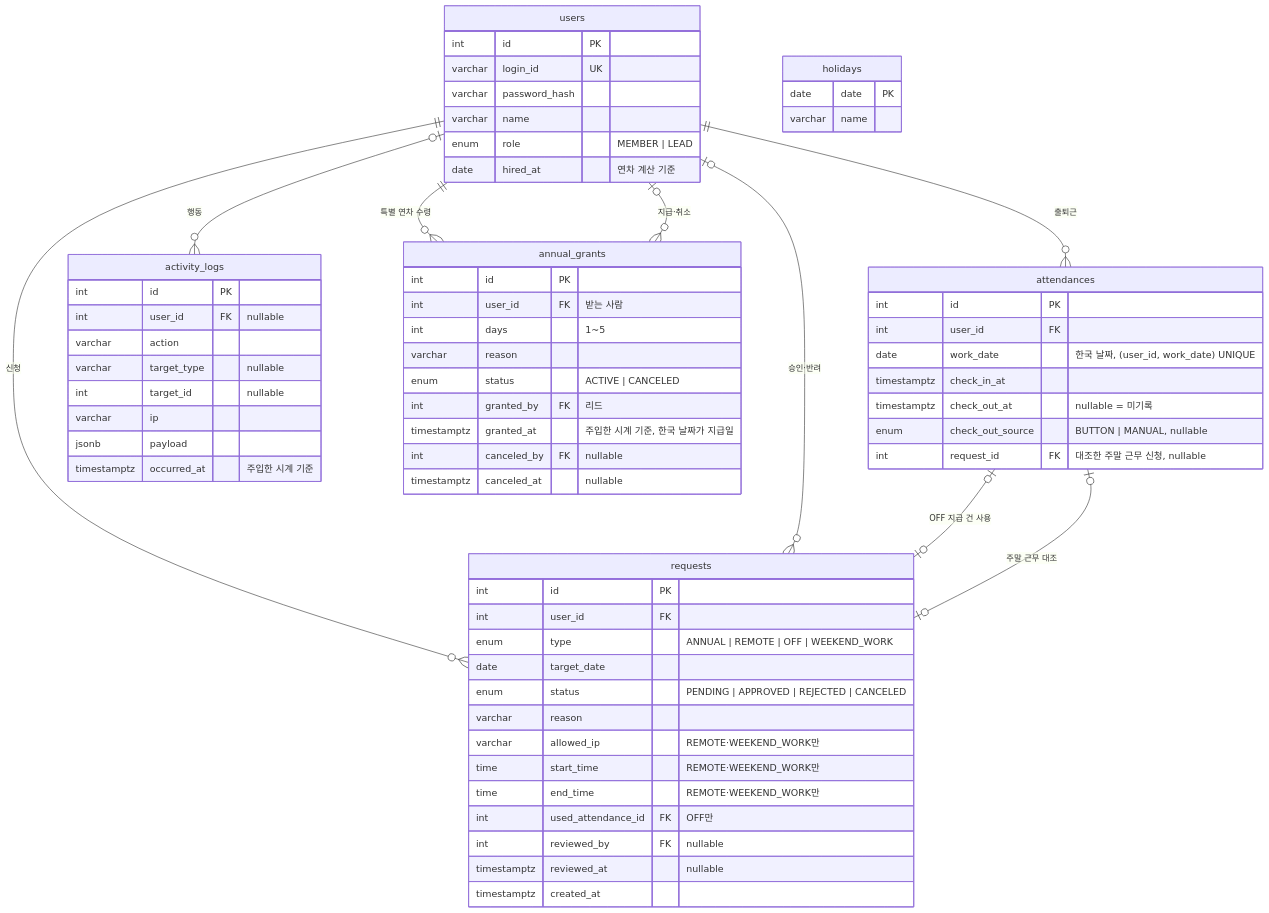
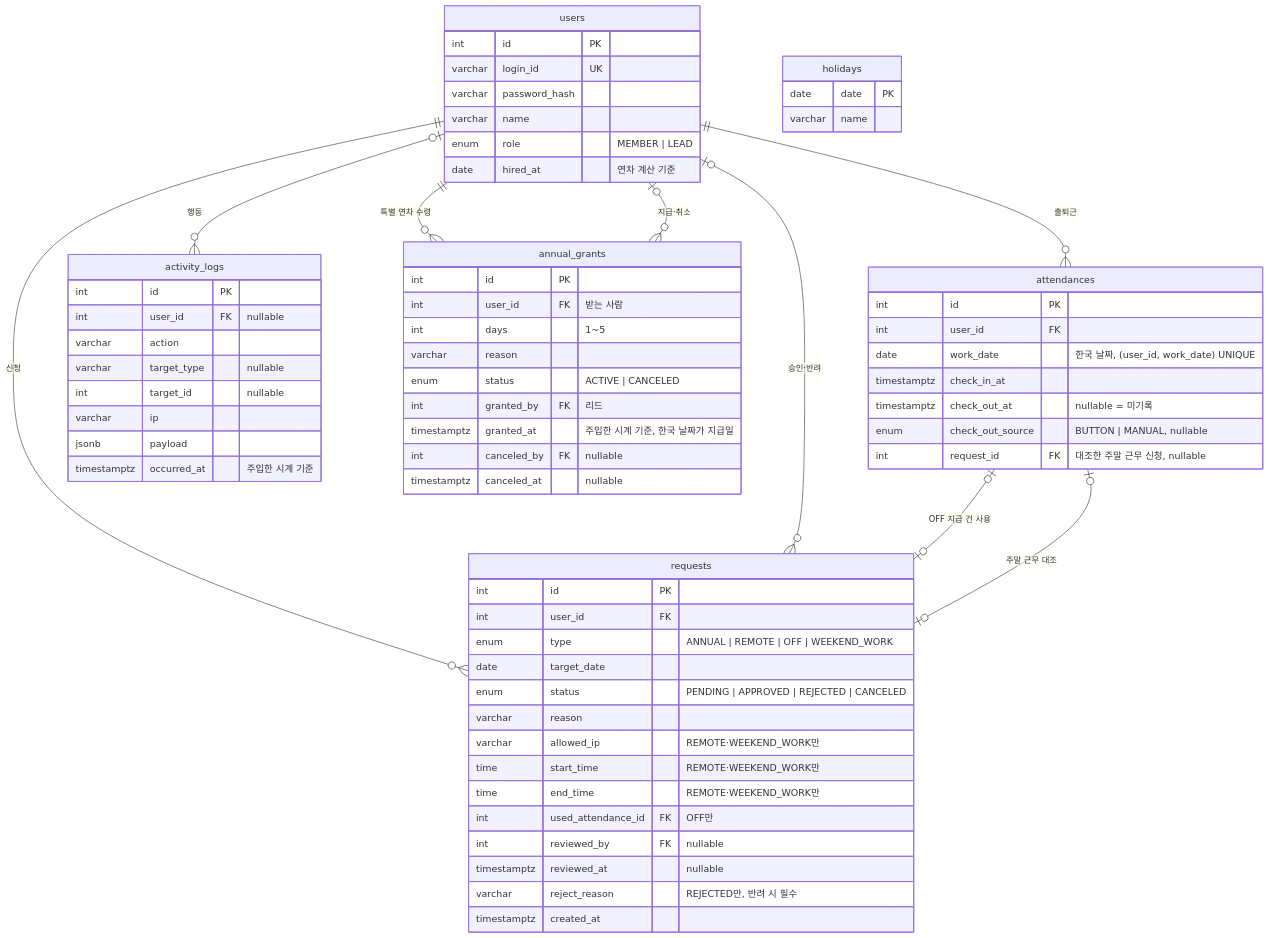
The diagram in docs/DESIGN.md (YunTaeKyun93/hiconsy-attendance), drawn with Mermaid before and after one commit. The commit also changed other lines of this file and 23 other files, not shown here.

````diff
--- a/docs/DESIGN.md
+++ b/docs/DESIGN.md
@@ -24,74 +24,75 @@
 ```mermaid
 erDiagram
     users ||--o{ attendances : "출퇴근"
     users ||--o{ requests : "신청"
     users |o--o{ requests : "승인·반려"
     users |o--o{ activity_logs : "행동"
     users ||--o{ annual_grants : "특별 연차 수령"
     users |o--o{ annual_grants : "지급·취소"
     requests |o--o| attendances : "주말 근무 대조"
     attendances |o--o| requests : "OFF 지급 건 사용"
 
     users {
         int id PK
         varchar login_id UK
         varchar password_hash
         varchar name
         enum role "MEMBER | LEAD"
         date hired_at "연차 계산 기준"
     }
 
     attendances {
         int id PK
         int user_id FK
         date work_date "한국 날짜, (user_id, work_date) UNIQUE"
         timestamptz check_in_at
         timestamptz check_out_at "nullable = 미기록"
         enum check_out_source "BUTTON | MANUAL, nullable"
         int request_id FK "대조한 주말 근무 신청, nullable"
     }
 
     requests {
         int id PK
         int user_id FK
         enum type "ANNUAL | REMOTE | OFF | WEEKEND_WORK"
         date target_date
         enum status "PENDING | APPROVED | REJECTED | CANCELED"
         varchar reason
         varchar allowed_ip "REMOTE·WEEKEND_WORK만"
         time start_time "REMOTE·WEEKEND_WORK만"
         time end_time "REMOTE·WEEKEND_WORK만"
         int used_attendance_id FK "OFF만"
         int reviewed_by FK "nullable"
         timestamptz reviewed_at "nullable"
+        varchar reject_reason "REJECTED만, 반려 시 필수"
         timestamptz created_at
     }
 
     activity_logs {
         int id PK
         int user_id FK "nullable"
         varchar action
         varchar target_type "nullable"
         int target_id "nullable"
         varchar ip
         jsonb payload
         timestamptz occurred_at "주입한 시계 기준"
     }
 
     holidays {
         date date PK
         varchar name
     }
 
     annual_grants {
         int id PK
         int user_id FK "받는 사람"
         int days "1~5"
         varchar reason
         enum status "ACTIVE | CANCELED"
         int granted_by FK "리드"
         timestamptz granted_at "주입한 시계 기준, 한국 날짜가 지급일"
         int canceled_by FK "nullable"
         timestamptz canceled_at "nullable"
     }
 ```
````
